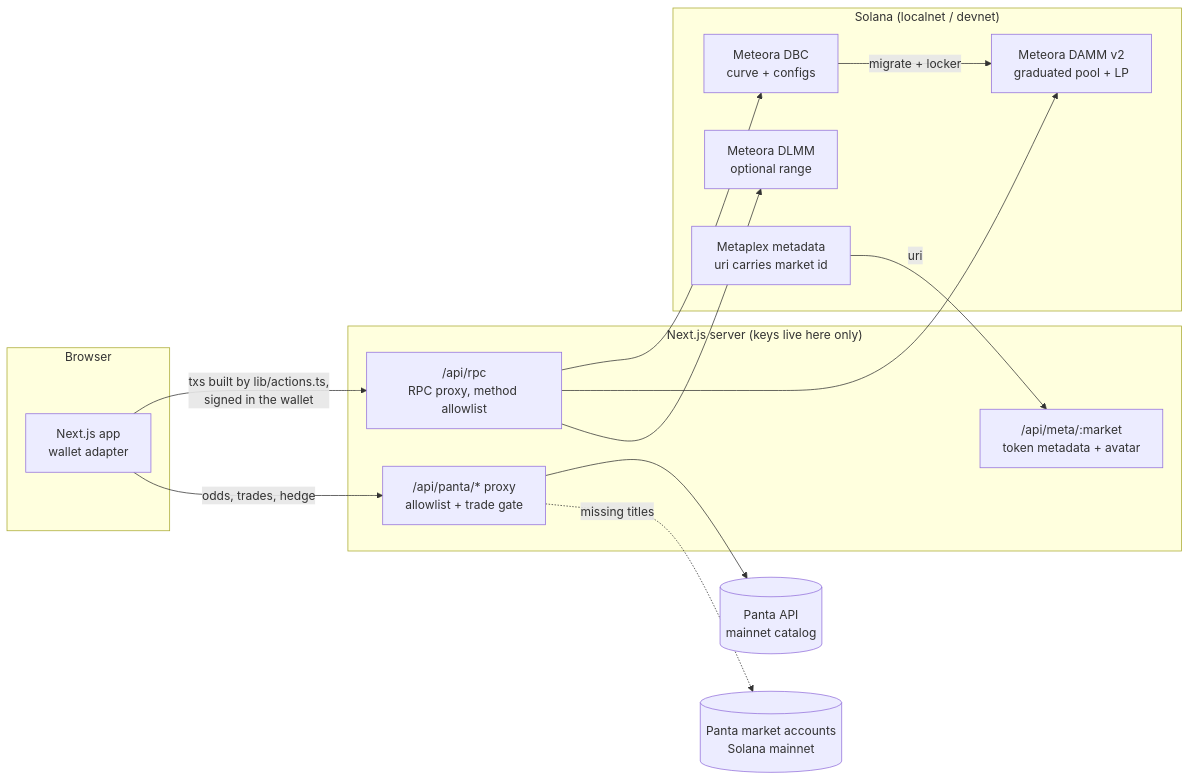
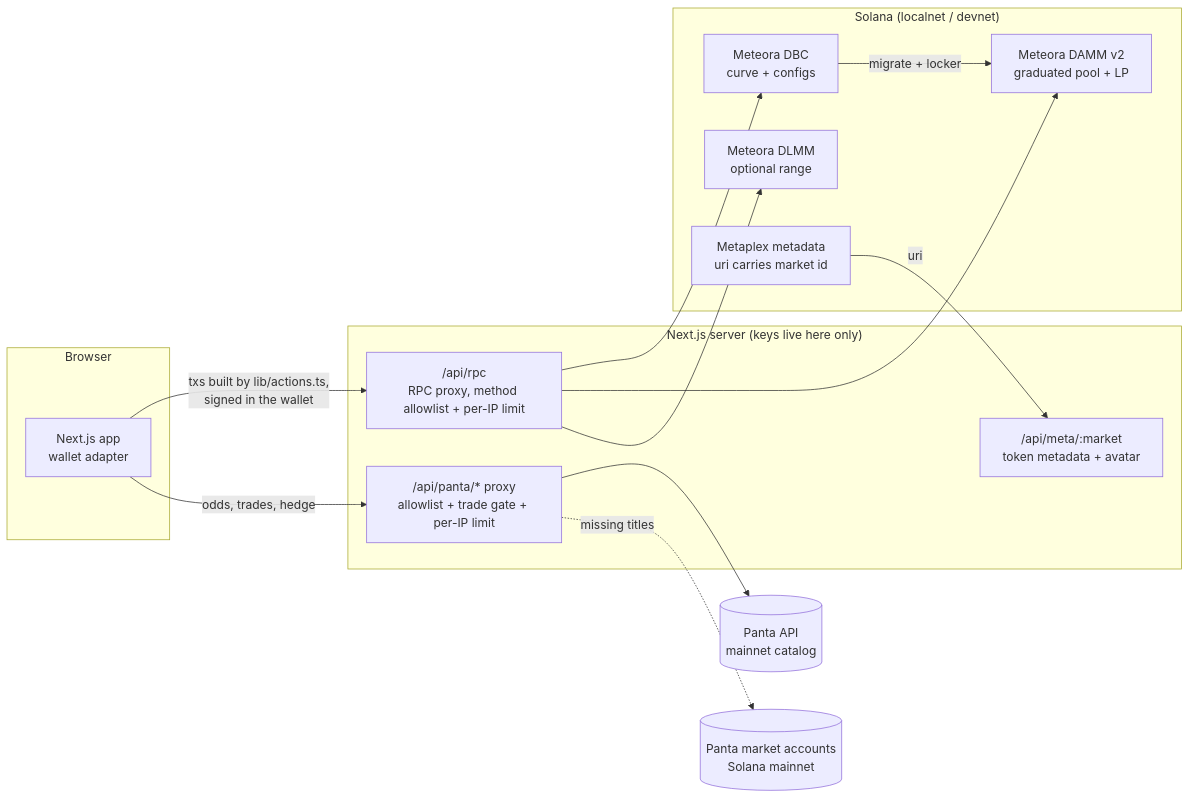
Before and after one commit to anur4ag/catalyst-event-launchpad: the diagram in README.md, drawn with Mermaid. The commit also changed other lines of this file and 4 other files, not shown here.

Commit message:
Per-IP token-bucket rate limit on /api/rpc (120/min, burst 240, per call in a batch) and /api/panta (30/min, burst 60); 429 never reaches upstream. README: live status, rate limits. Pitch: '30+ tests'.

````diff
--- a/README.md
+++ b/README.md
@@ -14,28 +14,28 @@
 ```mermaid
 flowchart LR
   subgraph Browser
     UI[Next.js app<br/>wallet adapter]
   end
   subgraph Server["Next.js server (keys live here only)"]
-    P["/api/panta/* proxy<br/>allowlist + trade gate"]
+    P["/api/panta/* proxy<br/>allowlist + trade gate + per-IP limit"]
     M["/api/meta/:market<br/>token metadata + avatar"]
-    R["/api/rpc<br/>RPC proxy, method allowlist"]
+    R["/api/rpc<br/>RPC proxy, method allowlist + per-IP limit"]
   end
   subgraph Solana["Solana (localnet / devnet)"]
     DBC[Meteora DBC<br/>curve + configs]
     DAMM[Meteora DAMM v2<br/>graduated pool + LP]
     DLMM[Meteora DLMM<br/>optional range]
     MPL[Metaplex metadata<br/>uri carries market id]
   end
   PANTA[(Panta API<br/>mainnet catalog)]
   CHAIN[(Panta market accounts<br/>Solana mainnet)]
 
   UI -- "txs built by lib/actions.ts,<br/>signed in the wallet" --> R
   R --> DBC
   R --> DAMM
   R --> DLMM
   UI -- "odds, trades, hedge" --> P --> PANTA
   P -. "missing titles" .-> CHAIN
   MPL -- "uri" --> M
   DBC -- "migrate + locker" --> DAMM
 ```
````
